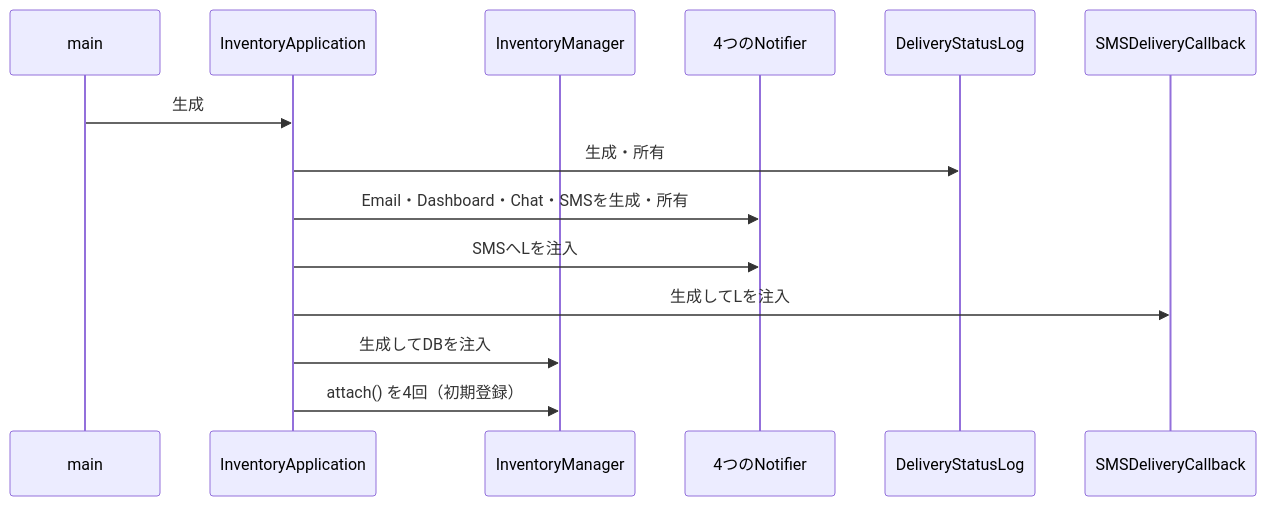
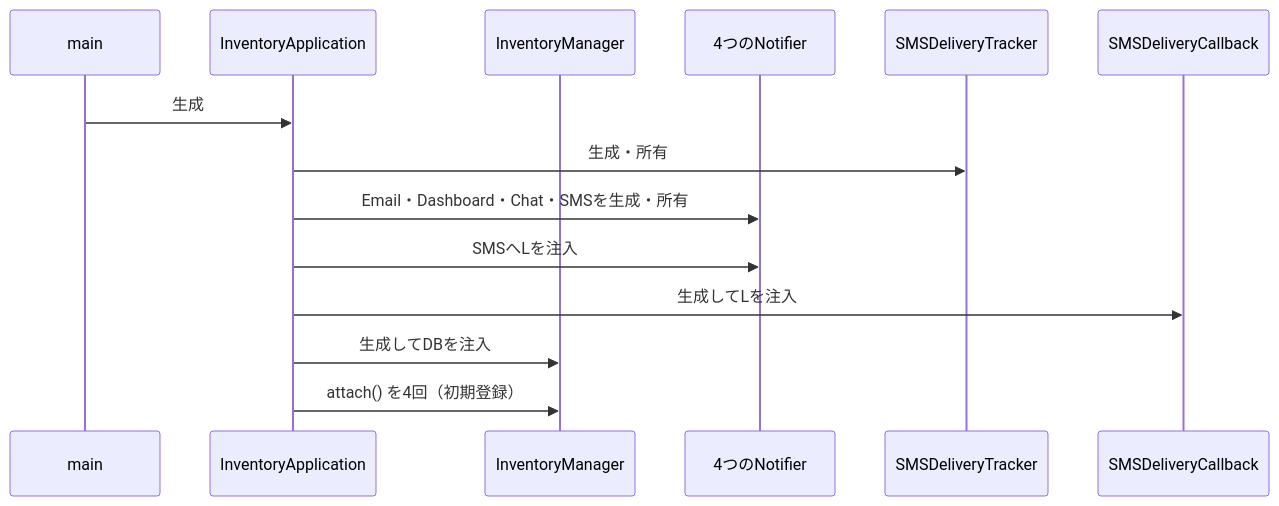
One commit to kumachan1101-pixel/DesignPattern changed diagram 16 of 20 in kindle/design-patterns/books/volume01-core-patterns/output/05-chapter03.md. Above: the diagram before and after it, drawn with Mermaid. The commit also changed other lines of this file and 19 other files, not shown here.

````diff
--- a/kindle/design-patterns/books/volume01-core-patterns/output/05-chapter03.md
+++ b/kindle/design-patterns/books/volume01-core-patterns/output/05-chapter03.md
@@ -2080,17 +2078,17 @@
 ```mermaid
 sequenceDiagram
     participant M as main
     participant A as InventoryApplication
     participant IM as InventoryManager
     participant N as 4つのNotifier
-    participant L as DeliveryStatusLog
+    participant L as SMSDeliveryTracker
     participant CB as SMSDeliveryCallback
 
     M->>A: 生成
     A->>L: 生成・所有
     A->>N: Email・Dashboard・Chat・SMSを生成・所有
     A->>N: SMSへLを注入
     A->>CB: 生成してLを注入
     A->>IM: 生成してDBを注入
     A->>IM: attach() を4回（初期登録）
 ```
````
